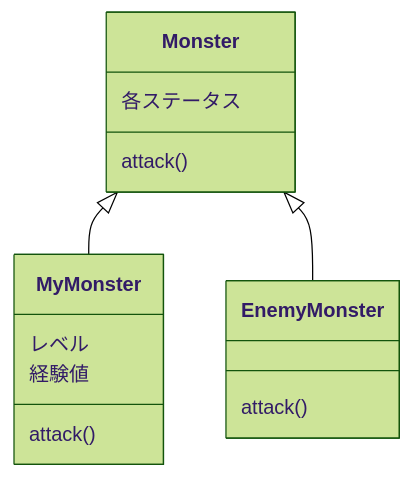
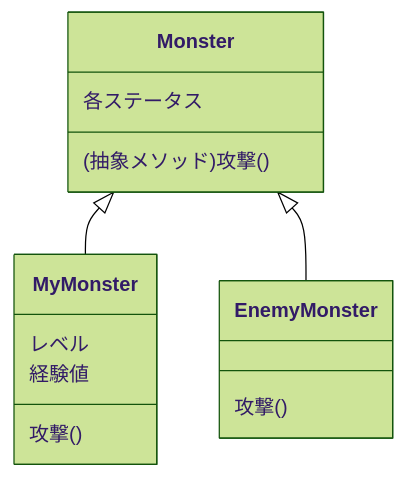
The first of 2 diagrams in docs/rdd/src/routes/lessons/lesson-09.md (y-uchiida/python-rpg-lesson), drawn with Mermaid (forest theme) before and after one commit. The commit also changed other lines of this file, not shown here.

````diff
--- a/docs/rdd/src/routes/lessons/lesson-09.md
+++ b/docs/rdd/src/routes/lessons/lesson-09.md
@@ -20,19 +20,19 @@
 ```mermaid
 
 classDiagram
     Monster <|-- MyMonster
     Monster <|-- EnemyMonster
     
     Monster : 各ステータス
-    Monster : attack()
+    Monster : (抽象メソッド)攻撃()
 
     class MyMonster{
       レベル
       経験値
-      attack()
+      攻撃()
     }
 
     class EnemyMonster{
-      attack()
+      攻撃()
     }
 ```
````
